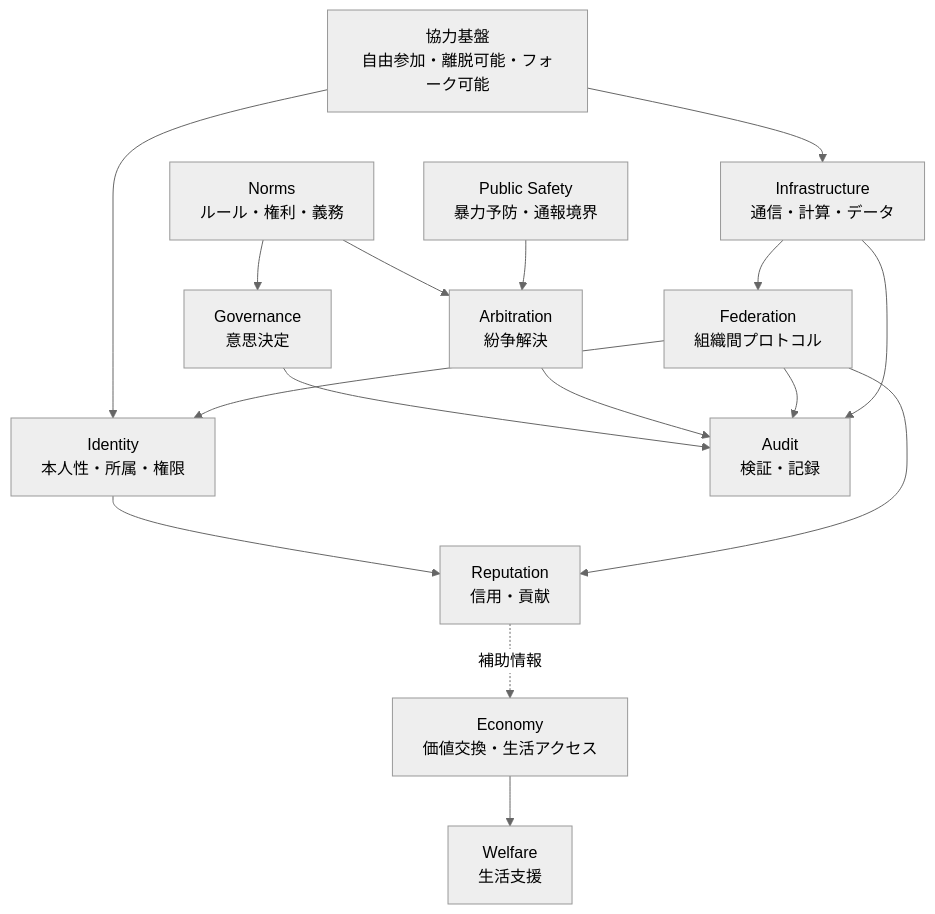
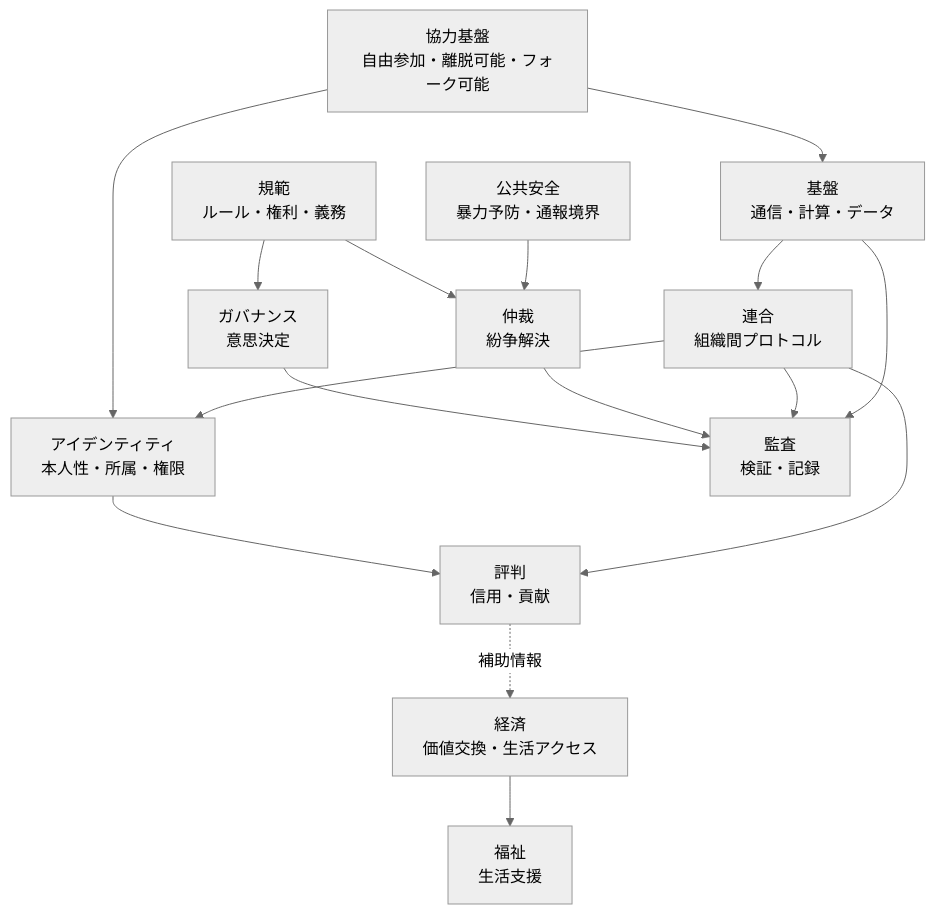
Before and after one commit to acecore-systems/world-foundation: the diagram in modules/ja/README.md, drawn with Mermaid (neutral theme). The commit also changed other lines of this file and 47 other files, not shown here.

````diff
--- a/modules/ja/README.md
+++ b/modules/ja/README.md
@@ -9,43 +9,43 @@
 ```mermaid
 flowchart TB
   Foundation["協力基盤<br/>自由参加・離脱可能・フォーク可能"]
-  Identity["Identity<br/>本人性・所属・権限"]
-  Reputation["Reputation<br/>信用・貢献"]
-  Economy["Economy<br/>価値交換・生活アクセス"]
-  Welfare["Welfare<br/>生活支援"]
-  Governance["Governance<br/>意思決定"]
-  Arbitration["Arbitration<br/>紛争解決"]
-  Infrastructure["Infrastructure<br/>通信・計算・データ"]
-  Audit["Audit<br/>検証・記録"]
-  Norms["Norms<br/>ルール・権利・義務"]
-  PublicSafety["Public Safety<br/>暴力予防・通報境界"]
-  Federation["Federation<br/>組織間プロトコル"]
+  アイデンティティ["アイデンティティ<br/>本人性・所属・権限"]
+  評判["評判<br/>信用・貢献"]
+  経済["経済<br/>価値交換・生活アクセス"]
+  福祉["福祉<br/>生活支援"]
+  ガバナンス["ガバナンス<br/>意思決定"]
+  仲裁["仲裁<br/>紛争解決"]
+  基盤["基盤<br/>通信・計算・データ"]
+  監査["監査<br/>検証・記録"]
+  規範["規範<br/>ルール・権利・義務"]
+  PublicSafety["公共安全<br/>暴力予防・通報境界"]
+  連合["連合<br/>組織間プロトコル"]
 
-  Foundation --> Identity
-  Foundation --> Infrastructure
-  Identity --> Reputation
-  Reputation -. "補助情報" .-> Economy
-  Economy --> Welfare
-  Norms --> Governance
-  Norms --> Arbitration
-  Governance --> Audit
-  Arbitration --> Audit
-  PublicSafety --> Arbitration
-  Federation --> Identity
-  Federation --> Reputation
-  Federation --> Audit
-  Infrastructure --> Federation
-  Infrastructure --> Audit
+  Foundation --> アイデンティティ
+  Foundation --> 基盤
+  アイデンティティ --> 評判
+  評判 -. "補助情報" .-> 経済
+  経済 --> 福祉
+  規範 --> ガバナンス
+  規範 --> 仲裁
+  ガバナンス --> 監査
+  仲裁 --> 監査
+  PublicSafety --> 仲裁
+  連合 --> アイデンティティ
+  連合 --> 評判
+  連合 --> 監査
+  基盤 --> 連合
+  基盤 --> 監査
 
-  click Identity "identity/README.md" "Identity"
-  click Reputation "reputation/README.md" "Reputation"
-  click Economy "economy/README.md" "Economy"
-  click Welfare "welfare/README.md" "Welfare"
-  click Governance "governance/README.md" "Governance"
-  click Arbitration "arbitration/README.md" "Arbitration"
-  click Infrastructure "infrastructure/README.md" "Infrastructure"
-  click Audit "audit/README.md" "Audit"
-  click Norms "norms/README.md" "Norms"
-  click PublicSafety "public-safety/README.md" "Public Safety"
-  click Federation "federation/README.md" "Federation"
+  click アイデンティティ "identity/README.md" "アイデンティティ"
+  click 評判 "reputation/README.md" "評判"
+  click 経済 "economy/README.md" "経済"
+  click 福祉 "welfare/README.md" "福祉"
+  click ガバナンス "governance/README.md" "ガバナンス"
+  click 仲裁 "arbitration/README.md" "仲裁"
+  click 基盤 "infrastructure/README.md" "基盤"
+  click 監査 "audit/README.md" "監査"
+  click 規範 "norms/README.md" "規範"
+  click PublicSafety "public-safety/README.md" "公共安全"
+  click 連合 "federation/README.md" "連合"
 ```
````
